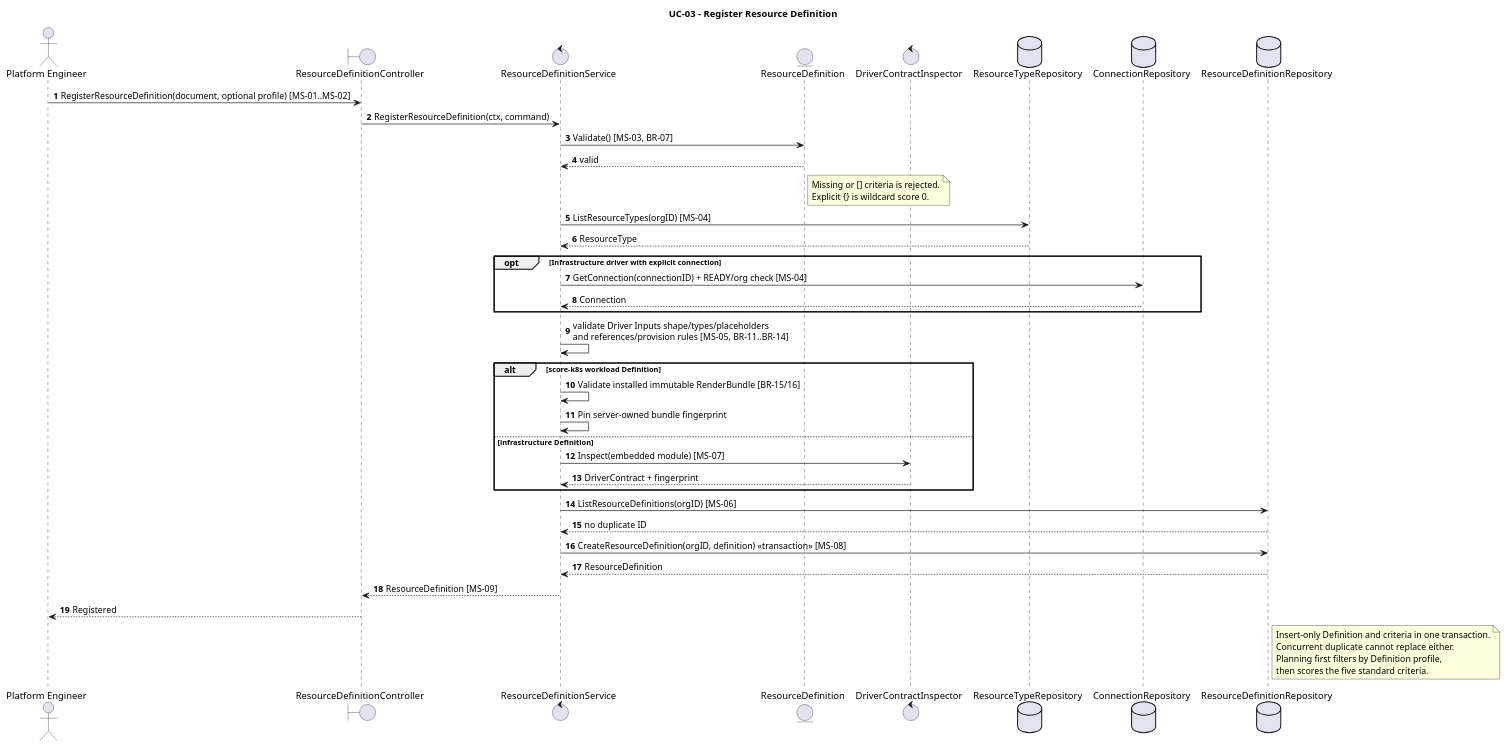
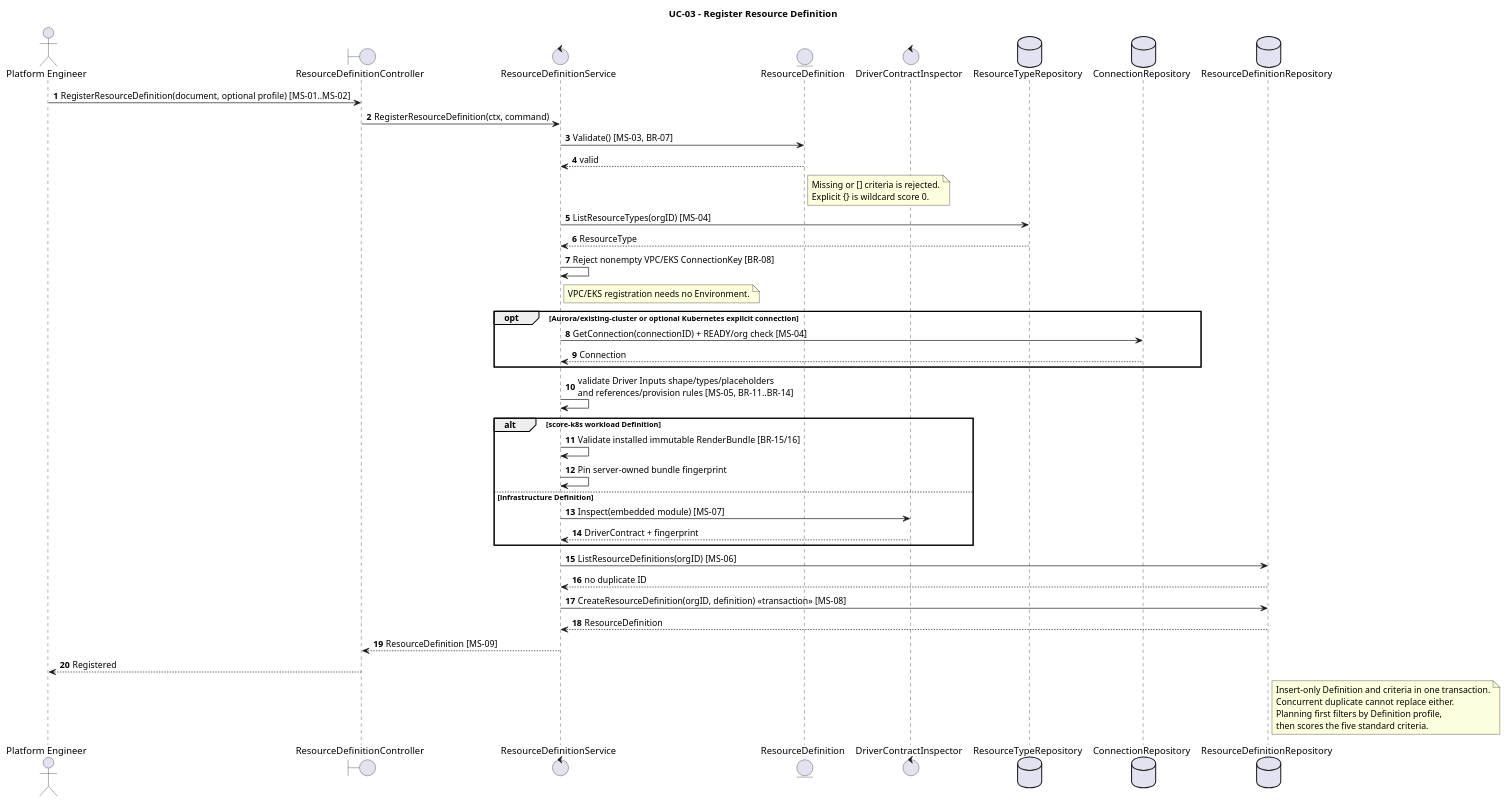
Before and after one commit to pr3s3nt/poc: the diagram in orchestrator_docs/usecase/UC-03/sequence.puml, drawn with PlantUML. The commit also changed 36 other files, not shown here.

Commit message:
T16: VPC/EKS dùng Kết nối AWS của Môi trường

```diff
--- a/orchestrator_docs/usecase/UC-03/sequence.puml
+++ b/orchestrator_docs/usecase/UC-03/sequence.puml
@@ -1,48 +1,50 @@
 @startuml
 title UC-03 - Register Resource Definition
 autonumber
 actor "Platform Engineer" as PE
 boundary ResourceDefinitionController as API
 control ResourceDefinitionService as Service
 entity ResourceDefinition as Validator
 control DriverContractInspector as Inspector
 database ResourceTypeRepository as TypeRepo
 database ConnectionRepository as ConnectionRepo
 database ResourceDefinitionRepository as DefinitionRepo
 
 PE -> API: RegisterResourceDefinition(document, optional profile) [MS-01..MS-02]
 API -> Service: RegisterResourceDefinition(ctx, command)
 Service -> Validator: Validate() [MS-03, BR-07]
 Validator --> Service: valid
 note right of Validator
 Missing or [] criteria is rejected.
 Explicit {} is wildcard score 0.
 end note
 Service -> TypeRepo: ListResourceTypes(orgID) [MS-04]
 TypeRepo --> Service: ResourceType
-opt Infrastructure driver with explicit connection
+Service -> Service: Reject nonempty VPC/EKS ConnectionKey [BR-08]
+note right of Service: VPC/EKS registration needs no Environment.
+opt Aurora/existing-cluster or optional Kubernetes explicit connection
 Service -> ConnectionRepo: GetConnection(connectionID) + READY/org check [MS-04]
 ConnectionRepo --> Service: Connection
 end
 Service -> Service: validate Driver Inputs shape/types/placeholders\nand references/provision rules [MS-05, BR-11..BR-14]
 alt score-k8s workload Definition
   Service -> Service: Validate installed immutable RenderBundle [BR-15/16]
   Service -> Service: Pin server-owned bundle fingerprint
 else infrastructure Definition
   Service -> Inspector: Inspect(embedded module) [MS-07]
   Inspector --> Service: DriverContract + fingerprint
 end
 Service -> DefinitionRepo: ListResourceDefinitions(orgID) [MS-06]
 DefinitionRepo --> Service: no duplicate ID
 Service -> DefinitionRepo: CreateResourceDefinition(orgID, definition) <<transaction>> [MS-08]
 DefinitionRepo --> Service: ResourceDefinition
 Service --> API: ResourceDefinition [MS-09]
 API --> PE: Registered
 note right of DefinitionRepo
 Insert-only Definition and criteria in one transaction.
 Concurrent duplicate cannot replace either.
 Planning first filters by Definition profile,
 then scores the five standard criteria.
 end note
 
 @enduml
```
